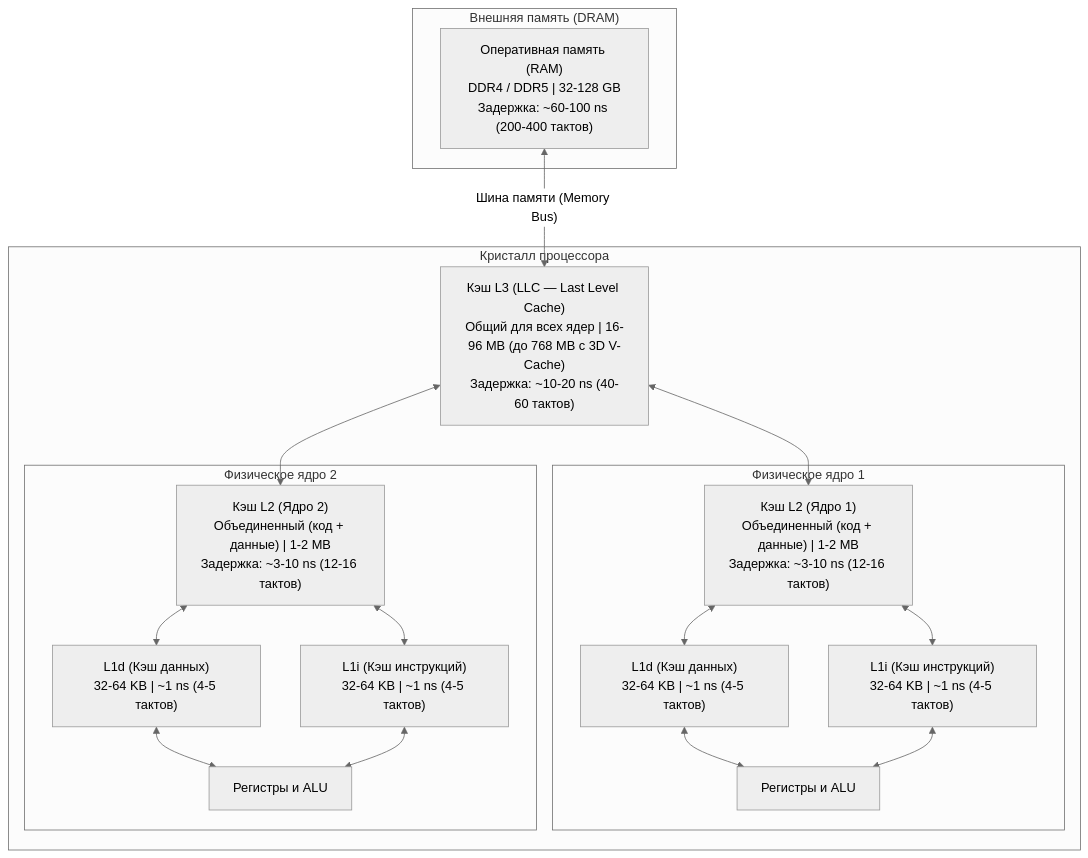
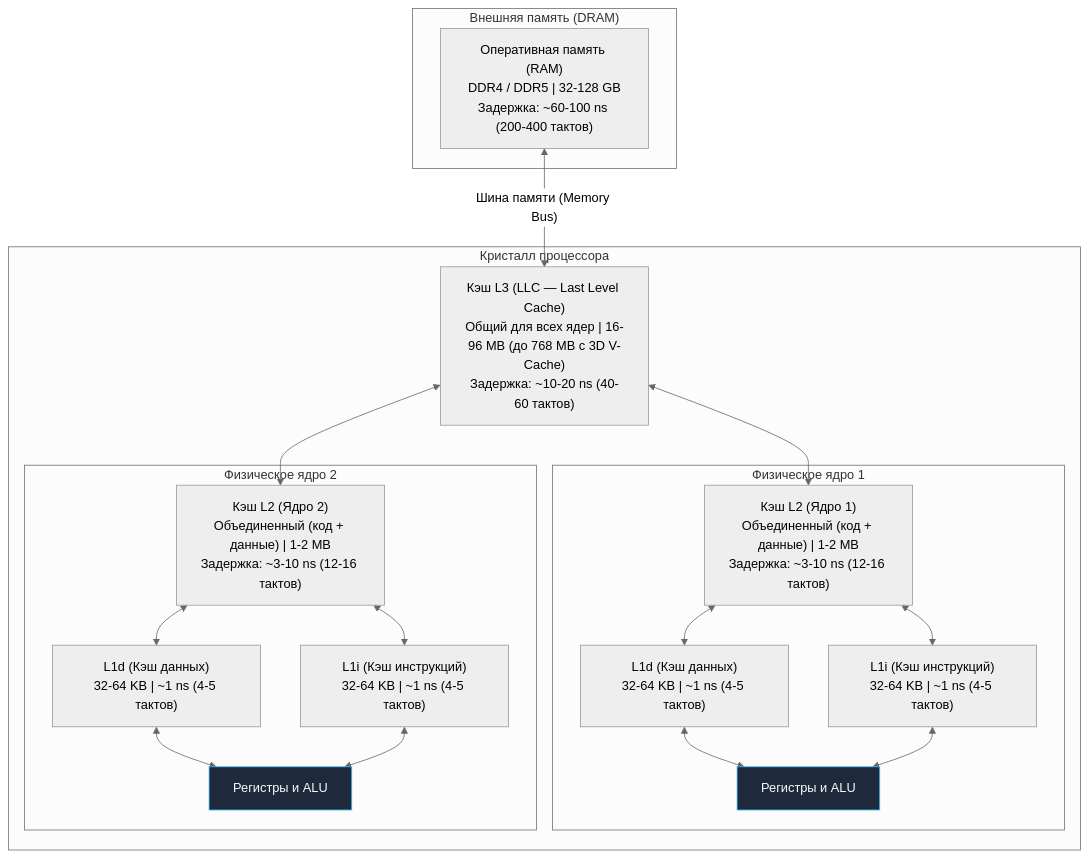
The diagram in sources/1. Архитектура компьютера/18. Кэши CPU. L1, L2, L3 и Cache Line.md (UnrealTemplier/go-textbook), drawn with Mermaid (neutral theme) before and after one commit. The commit also changed 1666 other files, not shown here.

First line of the commit message:
feat(mermaid): add semantic color classDef to 1369 colorless flowchart/graph diagrams

````diff
--- a/sources/1. Архитектура компьютера/18. Кэши CPU. L1, L2, L3 и Cache Line.md
+++ b/sources/1. Архитектура компьютера/18. Кэши CPU. L1, L2, L3 и Cache Line.md
@@ -13,36 +13,46 @@
 ```mermaid
 flowchart TD
+    classDef process  fill:#1e293b,stroke:#38bdf8,stroke-width:1px,color:#f8fafc
+    classDef success  fill:#064e3b,stroke:#34d399,stroke-width:1px,color:#f8fafc
+    classDef error    fill:#7f1d1d,stroke:#f87171,stroke-width:1px,color:#f8fafc
+    classDef warning  fill:#78350f,stroke:#fbbf24,stroke-width:1px,color:#f8fafc
+    classDef entry    fill:#1e3a5f,stroke:#38bdf8,stroke-width:2px,color:#f8fafc
+    classDef aux      fill:#334155,stroke:#64748b,stroke-width:1px,color:#f8fafc
+    classDef system   fill:#312e81,stroke:#a78bfa,stroke-width:1px,color:#f8fafc
+    classDef data     fill:#132d29,stroke:#2dd4bf,stroke-width:1px,color:#f8fafc
+    classDef network  fill:#881337,stroke:#fb7185,stroke-width:1px,color:#f8fafc
+    classDef accent   fill:#1e1b4b,stroke:#818cf8,stroke-width:1px,color:#f8fafc
     subgraph RAM_Layer["Внешняя память (DRAM)"]
         RAM["Оперативная память (RAM)<br>DDR4 / DDR5 | 32-128 GB<br>Задержка: ~60-100 ns (200-400 тактов)"]
     end
 
     subgraph CPU_Chip["Кристалл процессора"]
         L3["Кэш L3 (LLC — Last Level Cache)<br>Общий для всех ядер | 16-96 MB (до 768 MB с 3D V-Cache)<br>Задержка: ~10-20 ns (40-60 тактов)"]
         
         subgraph Core1["Физическое ядро 1"]
             L2_1["Кэш L2 (Ядро 1)<br>Объединенный (код + данные) | 1-2 MB<br>Задержка: ~3-10 ns (12-16 тактов)"]
             L1D_1["L1d (Кэш данных)<br>32-64 KB | ~1 ns (4-5 тактов)"]
             L1I_1["L1i (Кэш инструкций)<br>32-64 KB | ~1 ns (4-5 тактов)"]
-            ALU1["Регистры и ALU"]
+            ALU1["Регистры и ALU"]:::process
         end
 
         subgraph Core2["Физическое ядро 2"]
             L2_2["Кэш L2 (Ядро 2)<br>Объединенный (код + данные) | 1-2 MB<br>Задержка: ~3-10 ns (12-16 тактов)"]
             L1D_2["L1d (Кэш данных)<br>32-64 KB | ~1 ns (4-5 тактов)"]
             L1I_2["L1i (Кэш инструкций)<br>32-64 KB | ~1 ns (4-5 тактов)"]
-            ALU2["Регистры и ALU"]
+            ALU2["Регистры и ALU"]:::process
         end
     end
 
     RAM <-->|"Шина памяти (Memory Bus)"| L3
     L3 <--> L2_1
     L3 <--> L2_2
     L2_1 <--> L1D_1
     L2_1 <--> L1I_1
     L2_2 <--> L1D_2
     L2_2 <--> L1I_2
     L1D_1 <--> ALU1
     L1I_1 <--> ALU1
     L1D_2 <--> ALU2
     L1I_2 <--> ALU2
 ```
````
